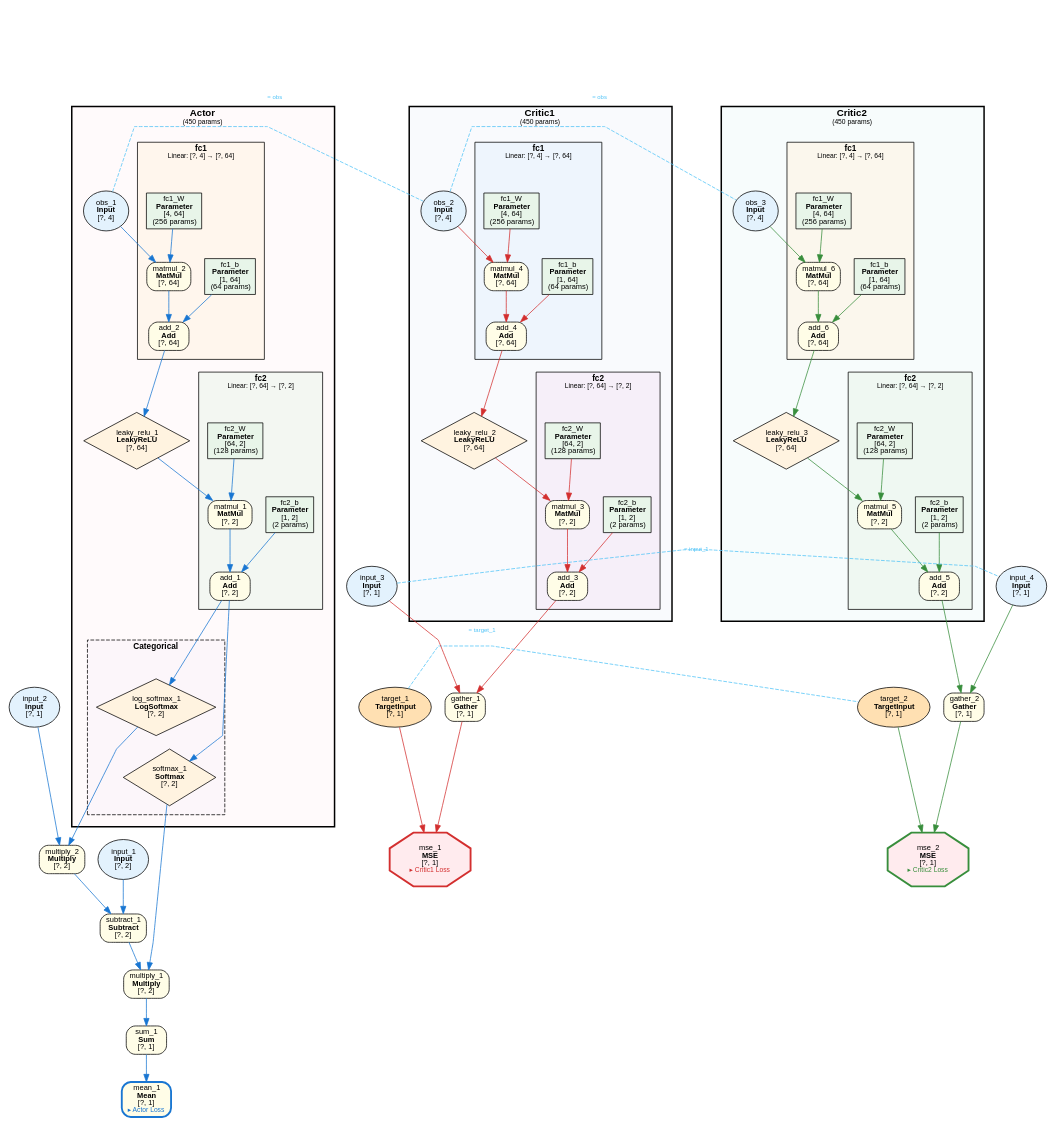
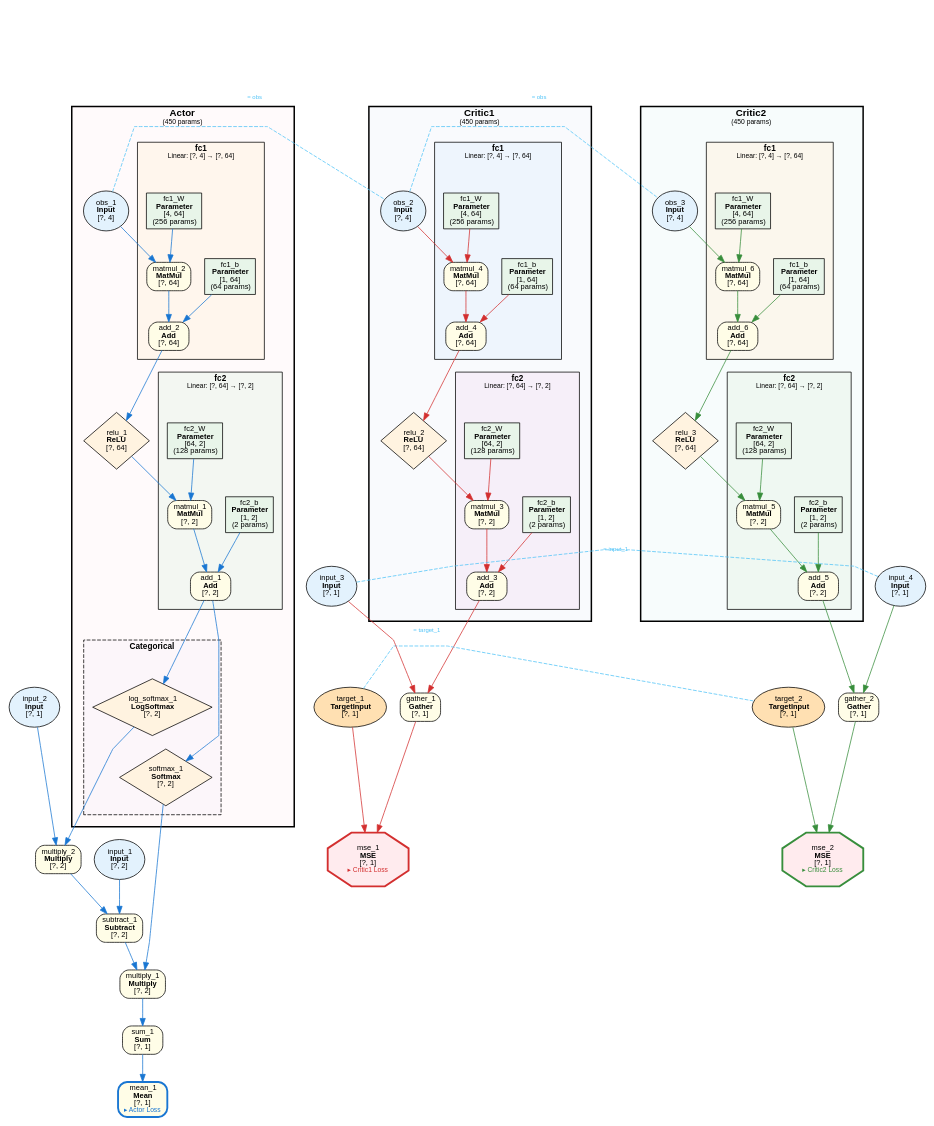
The diagram in examples/sac/cartpole/cartpole_sac.dot (dbsxdbsx/only_torch), drawn with Graphviz before and after one commit. The commit also changed 9 other files, not shown here.

First line of the commit message:
refactor: replace LeakyReLU with ReLU in compute graph representations

```diff
--- a/examples/sac/cartpole/cartpole_sac.dot
+++ b/examples/sac/cartpole/cartpole_sac.dot
@@ -1,198 +1,198 @@
 digraph ComputeGraph {
     rankdir=TB;
     newrank=true;
     splines=polyline;
     node [fontname="Microsoft YaHei,SimHei,Arial"];
     edge [fontname="Microsoft YaHei,SimHei,Arial"];
 
     subgraph cluster_model_Actor {
         label=<<B>Actor</B><BR/><FONT POINT-SIZE="9">(450 params)</FONT>>;
         style="filled,bold";
         fillcolor="#FFEBEE40";
         fontname="Microsoft YaHei,SimHei,Arial";
         fontsize=13;
         margin=16;
 
         subgraph cluster_Actor_fc2 {
             label=<<B>fc2</B><BR/><FONT POINT-SIZE="9">Linear: [?, 64] → [?, 2]</FONT>>;
             style=filled;
             fillcolor="#E8F5E980";
             fontname="Microsoft YaHei,SimHei,Arial";
             fontsize=11;
             margin=12;
                 "6" [label=<add_1<BR/><B>Add</B><BR/>[?, 2]> shape=box style="filled,rounded" fillcolor="#FFFDE7" fontsize=10];
                 "9" [label=<matmul_1<BR/><B>MatMul</B><BR/>[?, 2]> shape=box style="filled,rounded" fillcolor="#FFFDE7" fontsize=10];
                 "10" [label=<fc2_b<BR/><B>Parameter</B><BR/>[1, 2]<BR/>(2 params)> shape=box style=filled fillcolor="#E8F5E9" fontsize=10];
                 "14" [label=<fc2_W<BR/><B>Parameter</B><BR/>[64, 2]<BR/>(128 params)> shape=box style=filled fillcolor="#E8F5E9" fontsize=10];
         }
 
         subgraph cluster_Actor_fc1 {
             label=<<B>fc1</B><BR/><FONT POINT-SIZE="9">Linear: [?, 4] → [?, 64]</FONT>>;
             style=filled;
             fillcolor="#FFF3E080";
             fontname="Microsoft YaHei,SimHei,Arial";
             fontsize=11;
             margin=12;
                 "15" [label=<add_2<BR/><B>Add</B><BR/>[?, 64]> shape=box style="filled,rounded" fillcolor="#FFFDE7" fontsize=10];
                 "16" [label=<matmul_2<BR/><B>MatMul</B><BR/>[?, 64]> shape=box style="filled,rounded" fillcolor="#FFFDE7" fontsize=10];
                 "17" [label=<fc1_b<BR/><B>Parameter</B><BR/>[1, 64]<BR/>(64 params)> shape=box style=filled fillcolor="#E8F5E9" fontsize=10];
                 "19" [label=<fc1_W<BR/><B>Parameter</B><BR/>[4, 64]<BR/>(256 params)> shape=box style=filled fillcolor="#E8F5E9" fontsize=10];
         }
 
         subgraph cluster_Actor_group_categorical_1010 {
             label=<<B>Categorical</B>>;
             style="filled,dashed";
             fillcolor="#F3E5F540";
             fontname="Microsoft YaHei,SimHei,Arial";
             fontsize=11;
             margin=12;
                 "4" [label=<softmax_1<BR/><B>Softmax</B><BR/>[?, 2]> shape=diamond style=filled fillcolor="#FFF3E0" fontsize=10];
                 "11" [label=<log_softmax_1<BR/><B>LogSoftmax</B><BR/>[?, 2]> shape=diamond style=filled fillcolor="#FFF3E0" fontsize=10];
         }
 
-        "13" [label=<leaky_relu_1<BR/><B>LeakyReLU</B><BR/>[?, 64]> shape=diamond style=filled fillcolor="#FFF3E0" fontsize=10];
+        "13" [label=<relu_1<BR/><B>ReLU</B><BR/>[?, 64]> shape=diamond style=filled fillcolor="#FFF3E0" fontsize=10];
         "18" [label=<obs_1<BR/><B>Input</B><BR/>[?, 4]> shape=ellipse style=filled fillcolor="#E3F2FD" fontsize=10];
     }
 
     subgraph cluster_model_Critic1 {
         label=<<B>Critic1</B><BR/><FONT POINT-SIZE="9">(450 params)</FONT>>;
         style="filled,bold";
         fillcolor="#E8EAF640";
         fontname="Microsoft YaHei,SimHei,Arial";
         fontsize=13;
         margin=16;
 
         subgraph cluster_Critic1_fc2 {
             label=<<B>fc2</B><BR/><FONT POINT-SIZE="9">Linear: [?, 64] → [?, 2]</FONT>>;
             style=filled;
             fillcolor="#F3E5F580";
             fontname="Microsoft YaHei,SimHei,Arial";
             fontsize=11;
             margin=12;
                 "23" [label=<add_3<BR/><B>Add</B><BR/>[?, 2]> shape=box style="filled,rounded" fillcolor="#FFFDE7" fontsize=10];
                 "25" [label=<matmul_3<BR/><B>MatMul</B><BR/>[?, 2]> shape=box style="filled,rounded" fillcolor="#FFFDE7" fontsize=10];
                 "26" [label=<fc2_b<BR/><B>Parameter</B><BR/>[1, 2]<BR/>(2 params)> shape=box style=filled fillcolor="#E8F5E9" fontsize=10];
                 "28" [label=<fc2_W<BR/><B>Parameter</B><BR/>[64, 2]<BR/>(128 params)> shape=box style=filled fillcolor="#E8F5E9" fontsize=10];
         }
 
         subgraph cluster_Critic1_fc1 {
             label=<<B>fc1</B><BR/><FONT POINT-SIZE="9">Linear: [?, 4] → [?, 64]</FONT>>;
             style=filled;
             fillcolor="#E3F2FD80";
             fontname="Microsoft YaHei,SimHei,Arial";
             fontsize=11;
             margin=12;
                 "29" [label=<add_4<BR/><B>Add</B><BR/>[?, 64]> shape=box style="filled,rounded" fillcolor="#FFFDE7" fontsize=10];
                 "30" [label=<matmul_4<BR/><B>MatMul</B><BR/>[?, 64]> shape=box style="filled,rounded" fillcolor="#FFFDE7" fontsize=10];
                 "31" [label=<fc1_b<BR/><B>Parameter</B><BR/>[1, 64]<BR/>(64 params)> shape=box style=filled fillcolor="#E8F5E9" fontsize=10];
                 "33" [label=<fc1_W<BR/><B>Parameter</B><BR/>[4, 64]<BR/>(256 params)> shape=box style=filled fillcolor="#E8F5E9" fontsize=10];
         }
 
-        "27" [label=<leaky_relu_2<BR/><B>LeakyReLU</B><BR/>[?, 64]> shape=diamond style=filled fillcolor="#FFF3E0" fontsize=10];
+        "27" [label=<relu_2<BR/><B>ReLU</B><BR/>[?, 64]> shape=diamond style=filled fillcolor="#FFF3E0" fontsize=10];
         "32" [label=<obs_2<BR/><B>Input</B><BR/>[?, 4]> shape=ellipse style=filled fillcolor="#E3F2FD" fontsize=10];
     }
 
     subgraph cluster_model_Critic2 {
         label=<<B>Critic2</B><BR/><FONT POINT-SIZE="9">(450 params)</FONT>>;
         style="filled,bold";
         fillcolor="#E0F2F140";
         fontname="Microsoft YaHei,SimHei,Arial";
         fontsize=13;
         margin=16;
 
         subgraph cluster_Critic2_fc2 {
             label=<<B>fc2</B><BR/><FONT POINT-SIZE="9">Linear: [?, 64] → [?, 2]</FONT>>;
             style=filled;
             fillcolor="#E8F5E980";
             fontname="Microsoft YaHei,SimHei,Arial";
             fontsize=11;
             margin=12;
                 "37" [label=<add_5<BR/><B>Add</B><BR/>[?, 2]> shape=box style="filled,rounded" fillcolor="#FFFDE7" fontsize=10];
                 "39" [label=<matmul_5<BR/><B>MatMul</B><BR/>[?, 2]> shape=box style="filled,rounded" fillcolor="#FFFDE7" fontsize=10];
                 "40" [label=<fc2_b<BR/><B>Parameter</B><BR/>[1, 2]<BR/>(2 params)> shape=box style=filled fillcolor="#E8F5E9" fontsize=10];
                 "42" [label=<fc2_W<BR/><B>Parameter</B><BR/>[64, 2]<BR/>(128 params)> shape=box style=filled fillcolor="#E8F5E9" fontsize=10];
         }
 
         subgraph cluster_Critic2_fc1 {
             label=<<B>fc1</B><BR/><FONT POINT-SIZE="9">Linear: [?, 4] → [?, 64]</FONT>>;
             style=filled;
             fillcolor="#FFF3E080";
             fontname="Microsoft YaHei,SimHei,Arial";
             fontsize=11;
             margin=12;
                 "43" [label=<add_6<BR/><B>Add</B><BR/>[?, 64]> shape=box style="filled,rounded" fillcolor="#FFFDE7" fontsize=10];
                 "44" [label=<matmul_6<BR/><B>MatMul</B><BR/>[?, 64]> shape=box style="filled,rounded" fillcolor="#FFFDE7" fontsize=10];
                 "45" [label=<fc1_b<BR/><B>Parameter</B><BR/>[1, 64]<BR/>(64 params)> shape=box style=filled fillcolor="#E8F5E9" fontsize=10];
                 "47" [label=<fc1_W<BR/><B>Parameter</B><BR/>[4, 64]<BR/>(256 params)> shape=box style=filled fillcolor="#E8F5E9" fontsize=10];
         }
 
-        "41" [label=<leaky_relu_3<BR/><B>LeakyReLU</B><BR/>[?, 64]> shape=diamond style=filled fillcolor="#FFF3E0" fontsize=10];
+        "41" [label=<relu_3<BR/><B>ReLU</B><BR/>[?, 64]> shape=diamond style=filled fillcolor="#FFF3E0" fontsize=10];
         "46" [label=<obs_3<BR/><B>Input</B><BR/>[?, 4]> shape=ellipse style=filled fillcolor="#E3F2FD" fontsize=10];
     }
 
     "1" [label=<mean_1<BR/><B>Mean</B><BR/>[?, 1]<BR/><FONT COLOR="#1976D2" POINT-SIZE="9">▸ Actor Loss</FONT>> shape=box style="filled,rounded" fillcolor="#FFFDE7" fontsize=10 penwidth=2.5 color="#1976D2"];
     "2" [label=<sum_1<BR/><B>Sum</B><BR/>[?, 1]> shape=box style="filled,rounded" fillcolor="#FFFDE7" fontsize=10];
     "3" [label=<multiply_1<BR/><B>Multiply</B><BR/>[?, 2]> shape=box style="filled,rounded" fillcolor="#FFFDE7" fontsize=10];
     "5" [label=<subtract_1<BR/><B>Subtract</B><BR/>[?, 2]> shape=box style="filled,rounded" fillcolor="#FFFDE7" fontsize=10];
     "7" [label=<multiply_2<BR/><B>Multiply</B><BR/>[?, 2]> shape=box style="filled,rounded" fillcolor="#FFFDE7" fontsize=10];
     "8" [label=<input_1<BR/><B>Input</B><BR/>[?, 2]> shape=ellipse style=filled fillcolor="#E3F2FD" fontsize=10];
     "12" [label=<input_2<BR/><B>Input</B><BR/>[?, 1]> shape=ellipse style=filled fillcolor="#E3F2FD" fontsize=10];
     "20" [label=<mse_1<BR/><B>MSE</B><BR/>[?, 1]<BR/><FONT COLOR="#D32F2F" POINT-SIZE="9">▸ Critic1 Loss</FONT>> shape=octagon style=filled fillcolor="#FFEBEE" fontsize=10 penwidth=2.5 color="#D32F2F"];
     "21" [label=<gather_1<BR/><B>Gather</B><BR/>[?, 1]> shape=box style="filled,rounded" fillcolor="#FFFDE7" fontsize=10];
     "22" [label=<target_1<BR/><B>TargetInput</B><BR/>[?, 1]> shape=ellipse style=filled fillcolor="#FFE0B2" fontsize=10];
     "24" [label=<input_3<BR/><B>Input</B><BR/>[?, 1]> shape=ellipse style=filled fillcolor="#E3F2FD" fontsize=10];
     "34" [label=<mse_2<BR/><B>MSE</B><BR/>[?, 1]<BR/><FONT COLOR="#388E3C" POINT-SIZE="9">▸ Critic2 Loss</FONT>> shape=octagon style=filled fillcolor="#FFEBEE" fontsize=10 penwidth=2.5 color="#388E3C"];
     "35" [label=<gather_2<BR/><B>Gather</B><BR/>[?, 1]> shape=box style="filled,rounded" fillcolor="#FFFDE7" fontsize=10];
     "36" [label=<target_2<BR/><B>TargetInput</B><BR/>[?, 1]> shape=ellipse style=filled fillcolor="#FFE0B2" fontsize=10];
     "38" [label=<input_4<BR/><B>Input</B><BR/>[?, 1]> shape=ellipse style=filled fillcolor="#E3F2FD" fontsize=10];
 
     "2" -> "1" [color="#1976D2"];
     "3" -> "2" [color="#1976D2"];
     "4" -> "3" [color="#1976D2"];
     "5" -> "3" [color="#1976D2"];
     "6" -> "4" [color="#1976D2"];
     "7" -> "5" [color="#1976D2"];
     "8" -> "5" [color="#1976D2"];
     "9" -> "6" [color="#1976D2"];
     "10" -> "6" [color="#1976D2"];
     "11" -> "7" [color="#1976D2"];
     "12" -> "7" [color="#1976D2"];
     "13" -> "9" [color="#1976D2"];
     "14" -> "9" [color="#1976D2"];
     "6" -> "11" [color="#1976D2"];
     "15" -> "13" [color="#1976D2"];
     "16" -> "15" [color="#1976D2"];
     "17" -> "15" [color="#1976D2"];
     "18" -> "16" [color="#1976D2"];
     "19" -> "16" [color="#1976D2"];
     "21" -> "20" [color="#D32F2F"];
     "22" -> "20" [color="#D32F2F"];
     "23" -> "21" [color="#D32F2F"];
     "24" -> "21" [color="#D32F2F"];
     "25" -> "23" [color="#D32F2F"];
     "26" -> "23" [color="#D32F2F"];
     "27" -> "25" [color="#D32F2F"];
     "28" -> "25" [color="#D32F2F"];
     "29" -> "27" [color="#D32F2F"];
     "30" -> "29" [color="#D32F2F"];
     "31" -> "29" [color="#D32F2F"];
     "32" -> "30" [color="#D32F2F"];
     "33" -> "30" [color="#D32F2F"];
     "35" -> "34" [color="#388E3C"];
     "36" -> "34" [color="#388E3C"];
     "37" -> "35" [color="#388E3C"];
     "38" -> "35" [color="#388E3C"];
     "39" -> "37" [color="#388E3C"];
     "40" -> "37" [color="#388E3C"];
     "41" -> "39" [color="#388E3C"];
     "42" -> "39" [color="#388E3C"];
     "43" -> "41" [color="#388E3C"];
     "44" -> "43" [color="#388E3C"];
     "45" -> "43" [color="#388E3C"];
     "46" -> "44" [color="#388E3C"];
     "47" -> "44" [color="#388E3C"];
     "18" -> "32" [style=dashed dir=none color="#4FC3F7" constraint=false label=<= obs> fontcolor="#4FC3F7" fontsize=8];
     "32" -> "46" [style=dashed dir=none color="#4FC3F7" constraint=false label=<= obs> fontcolor="#4FC3F7" fontsize=8];
     "22" -> "36" [style=dashed dir=none color="#4FC3F7" constraint=false label=<= target_1> fontcolor="#4FC3F7" fontsize=8];
     "24" -> "38" [style=dashed dir=none color="#4FC3F7" constraint=false label=<= input_1> fontcolor="#4FC3F7" fontsize=8];
 }
```
